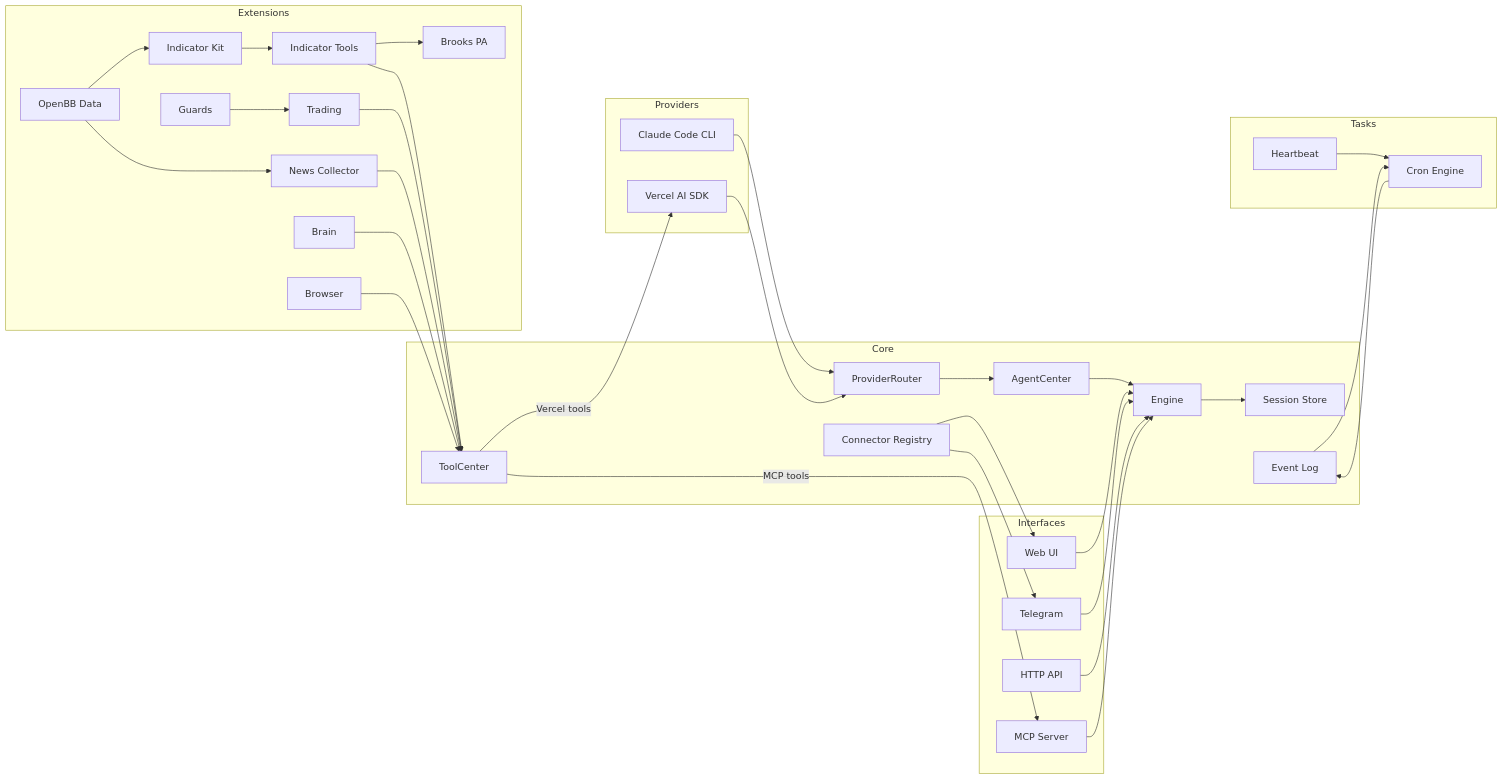
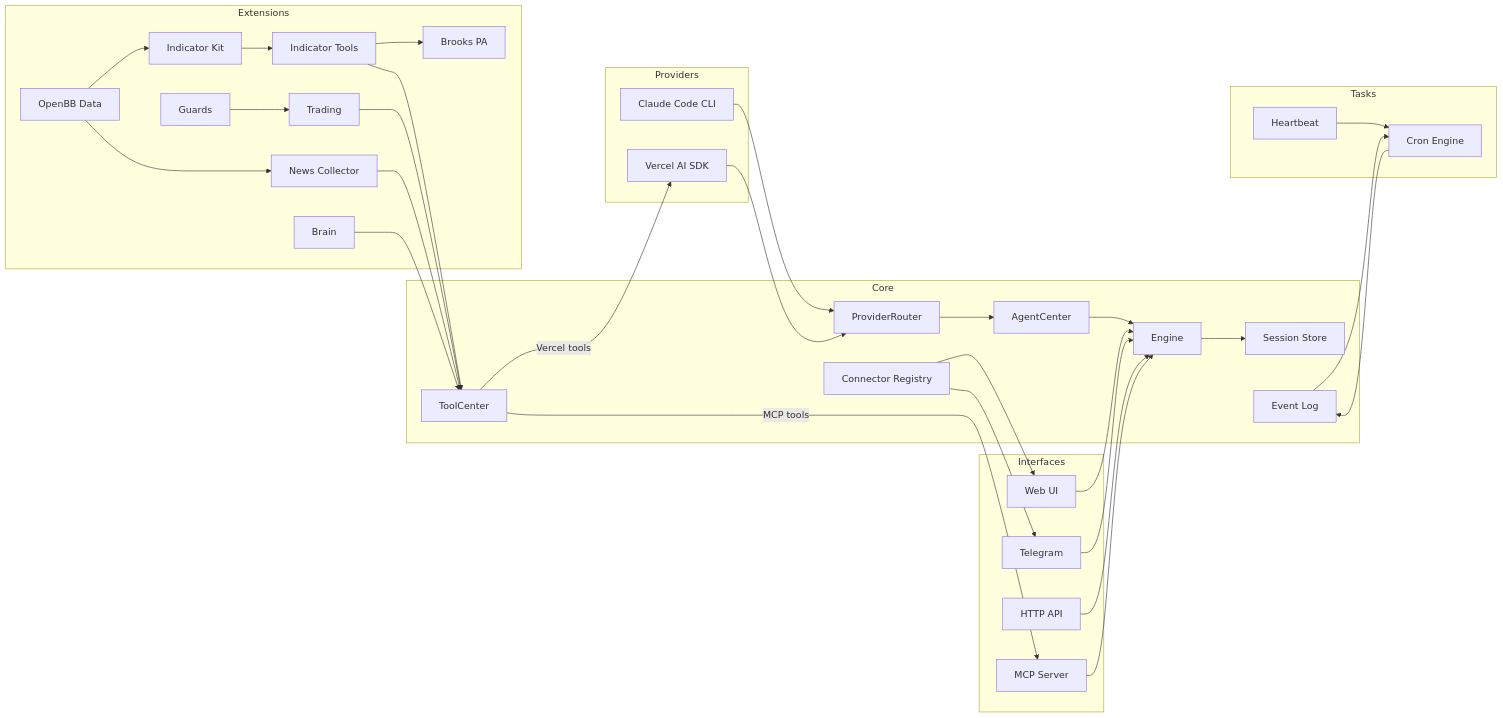
One commit to sybapp/OpenAlice changed the diagram in README.md. Above: the diagram before and after it, drawn with Mermaid. The commit also changed other lines of this file and 198 other files, not shown here.

````diff
--- a/README.md
+++ b/README.md
@@ -54,68 +54,66 @@
 ```mermaid
 graph LR
   subgraph Providers
     CC[Claude Code CLI]
     VS[Vercel AI SDK]
   end
 
   subgraph Core
     PR[ProviderRouter]
     AC[AgentCenter]
     E[Engine]
     TC[ToolCenter]
     S[Session Store]
     EL[Event Log]
     CR[Connector Registry]
   end
 
   subgraph Extensions
     OBB[OpenBB Data]
     IK[Indicator Kit]
     IT[Indicator Tools]
     BPA[Brooks PA]
     TR[Trading]
     GD[Guards]
     NC[News Collector]
     BR[Brain]
-    BW[Browser]
   end
 
   subgraph Tasks
     CRON[Cron Engine]
     HB[Heartbeat]
   end
 
   subgraph Interfaces
     WEB[Web UI]
     TG[Telegram]
     HTTP[HTTP API]
     MCP[MCP Server]
   end
 
   CC --> PR
   VS --> PR
   PR --> AC
   AC --> E
   E --> S
   TC -->|Vercel tools| VS
   TC -->|MCP tools| MCP
   OBB --> IK
   OBB --> NC
   IK --> IT
   IT --> TC
   IT --> BPA
   TR --> TC
   GD --> TR
   NC --> TC
   BR --> TC
-  BW --> TC
   CRON --> EL
   HB --> CRON
   EL --> CRON
   CR --> WEB
   CR --> TG
   WEB --> E
   TG --> E
   HTTP --> E
   MCP --> E
 ```
````
